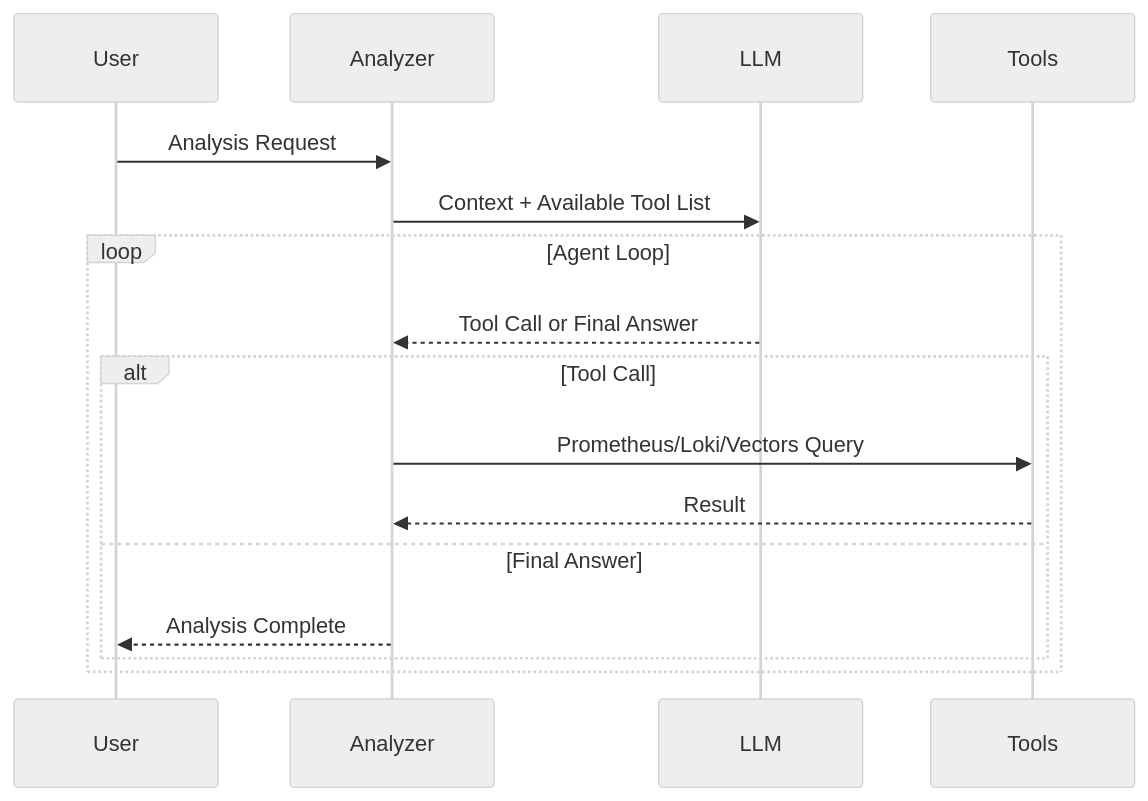
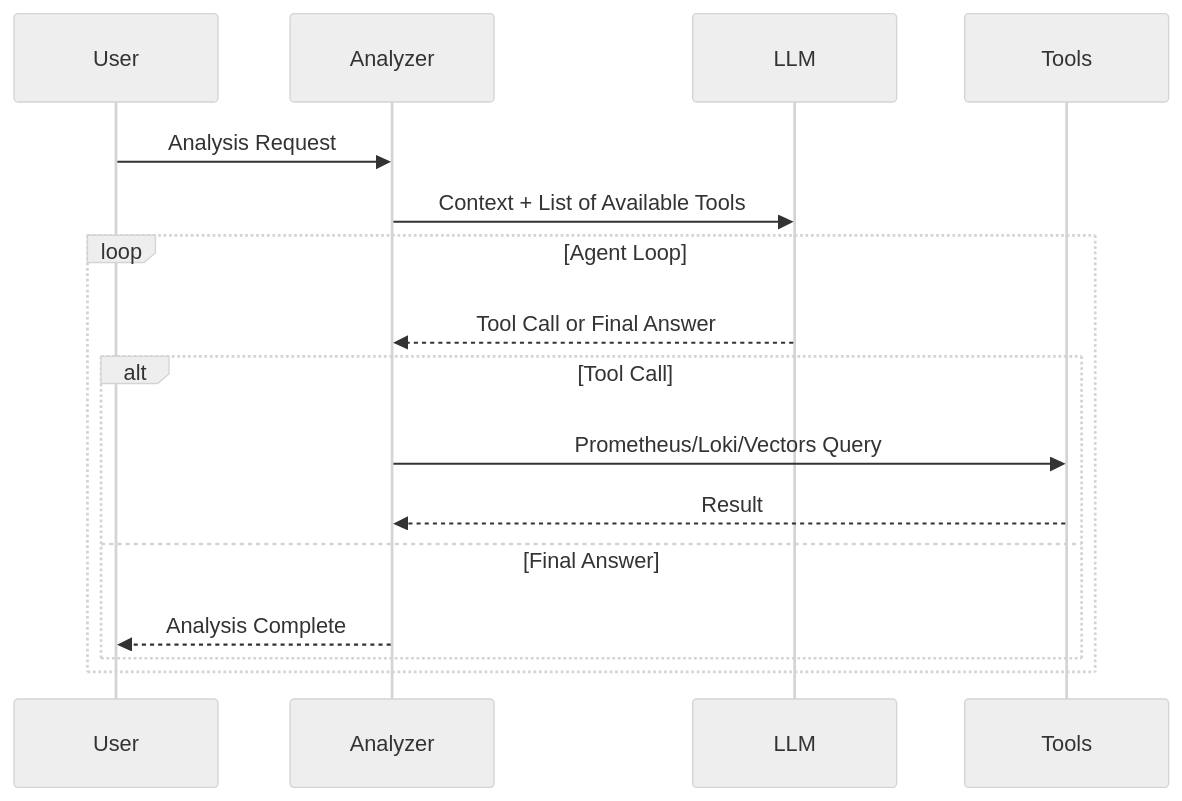
One commit to mandacode-labs/mandacode-devs changed the second of 2 diagrams in src/content/blog/en/meerkat-deep-dive.md. Above: the diagram before and after it, drawn with Mermaid (neutral theme). The commit also changed other lines of this file and 40 other files, not shown here.

````diff
--- a/src/content/blog/en/meerkat-deep-dive.md
+++ b/src/content/blog/en/meerkat-deep-dive.md
@@ -58,21 +59,21 @@
 ```mermaid
 sequenceDiagram
     participant User as User
     participant Analyzer as Analyzer
     participant LLM as LLM
     participant Tools as Tools
 
     User->>Analyzer: Analysis Request
-    Analyzer->>LLM: Context + Available Tool List
+    Analyzer->>LLM: Context + List of Available Tools
 
     loop Agent Loop
         LLM-->>Analyzer: Tool Call or Final Answer
 
         alt Tool Call
             Analyzer->>Tools: Prometheus/Loki/Vectors Query
             Tools-->>Analyzer: Result
         else Final Answer
             Analyzer-->>User: Analysis Complete
         end
     end
 ```
````
